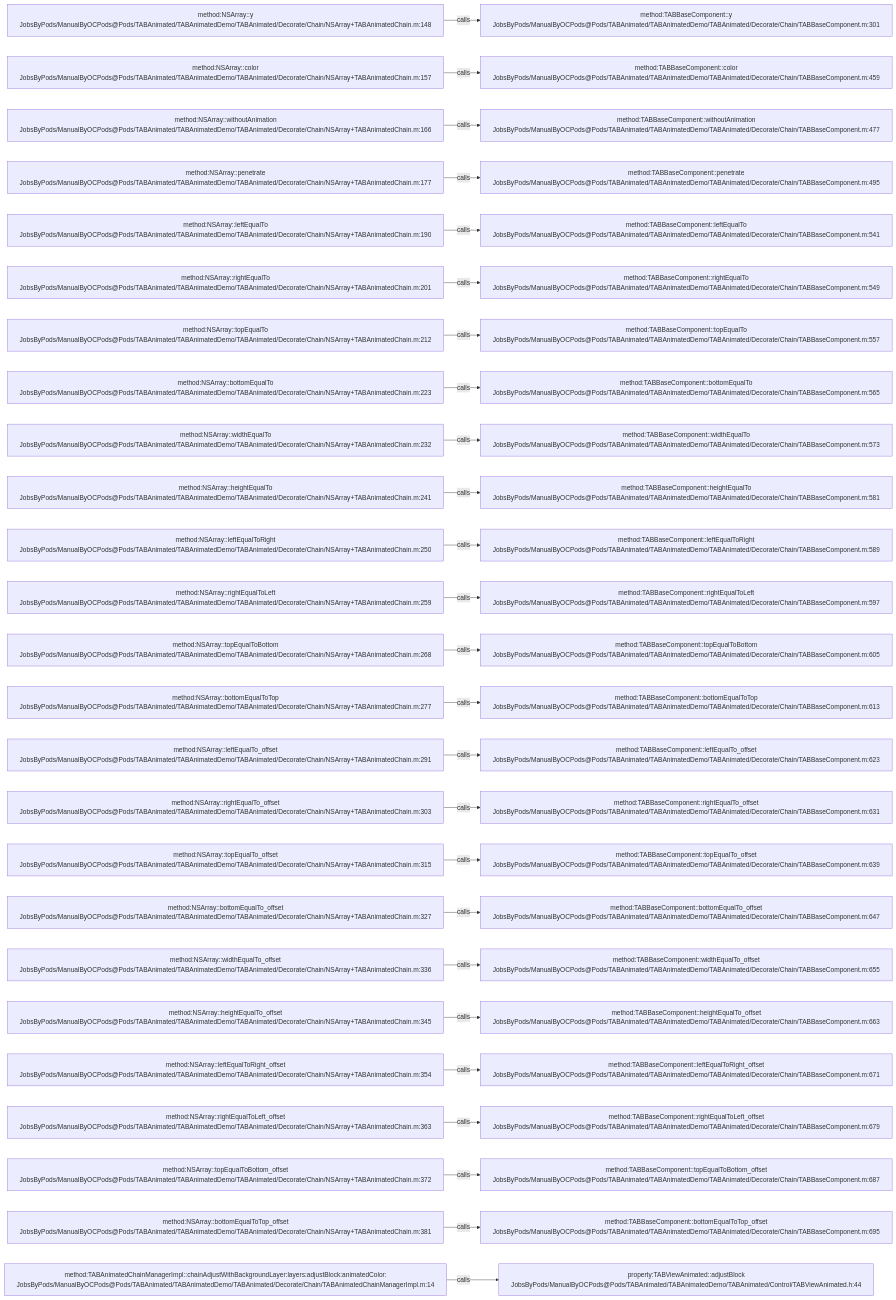
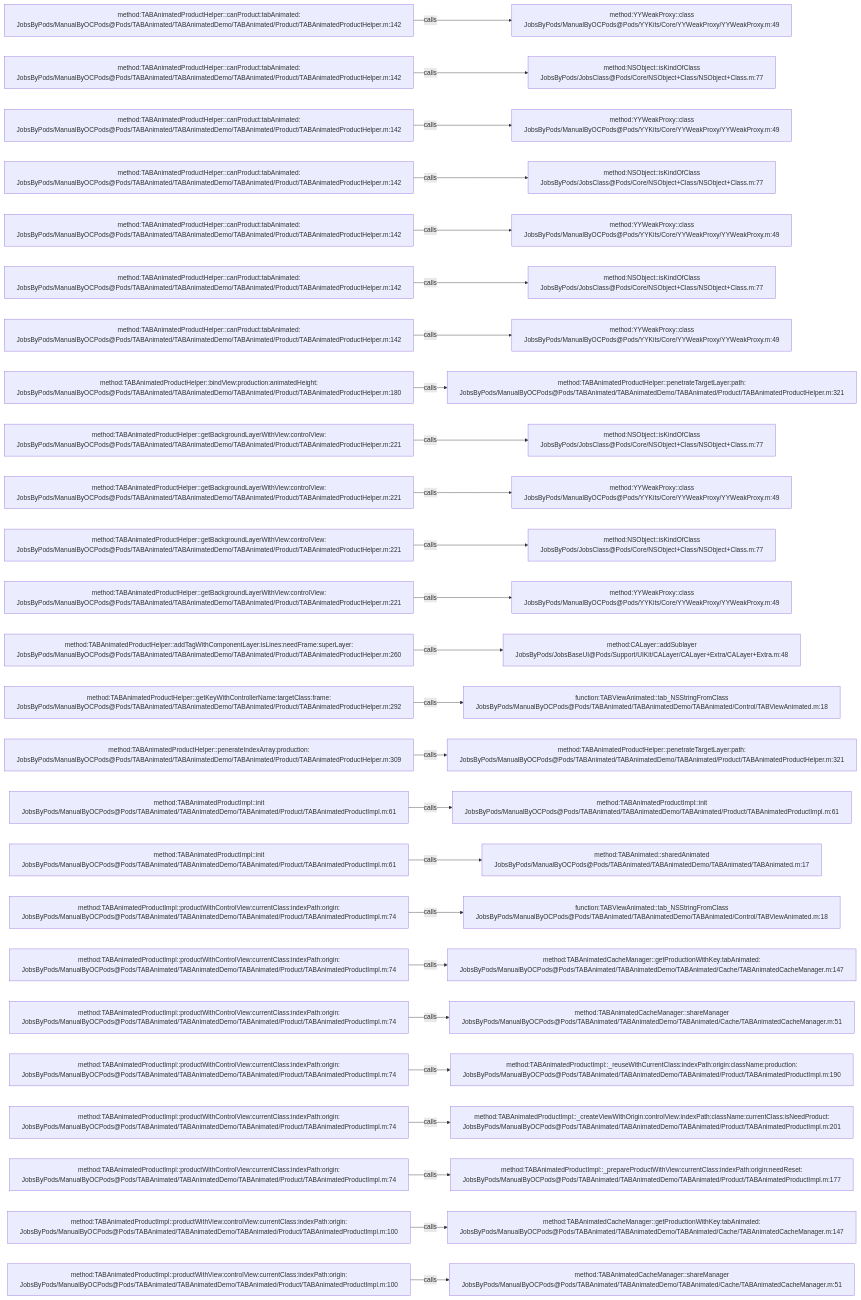
One commit to JobsKits/JobsOCBaseConfigDemo changed the diagram in .codegraph/codegraph.md/graphs/calls-032.md. Above: the diagram before and after it, drawn with Mermaid. The commit also changed 1353 other files, not shown here.

````diff
--- a/.codegraph/codegraph.md/graphs/calls-032.md
+++ b/.codegraph/codegraph.md/graphs/calls-032.md
@@ -13,78 +13,78 @@
 ```mermaid
 flowchart LR
-  S1["method:NSArray::y<br/>JobsByPods/ManualByOCPods@Pods/TABAnimated/TABAnimatedDemo/TABAnimated/Decorate/Chain/NSArray+TABAnimatedChain.m:148"]
-  T1["method:TABBaseComponent::y<br/>JobsByPods/ManualByOCPods@Pods/TABAnimated/TABAnimatedDemo/TABAnimated/Decorate/Chain/TABBaseComponent.m:301"]
+  S1["method:TABAnimatedProductHelper::canProduct:tabAnimated:<br/>JobsByPods/ManualByOCPods@Pods/TABAnimated/TABAnimatedDemo/TABAnimated/Product/TABAnimatedProductHelper.m:142"]
+  T1["method:YYWeakProxy::class<br/>JobsByPods/ManualByOCPods@Pods/YYKits/Core/YYWeakProxy/YYWeakProxy.m:49"]
   S1 -->|calls| T1
-  S2["method:NSArray::color<br/>JobsByPods/ManualByOCPods@Pods/TABAnimated/TABAnimatedDemo/TABAnimated/Decorate/Chain/NSArray+TABAnimatedChain.m:157"]
-  T2["method:TABBaseComponent::color<br/>JobsByPods/ManualByOCPods@Pods/TABAnimated/TABAnimatedDemo/TABAnimated/Decorate/Chain/TABBaseComponent.m:459"]
+  S2["method:TABAnimatedProductHelper::canProduct:tabAnimated:<br/>JobsByPods/ManualByOCPods@Pods/TABAnimated/TABAnimatedDemo/TABAnimated/Product/TABAnimatedProductHelper.m:142"]
+  T2["method:NSObject::isKindOfClass<br/>JobsByPods/JobsClass@Pods/Core/NSObject+Class/NSObject+Class.m:77"]
   S2 -->|calls| T2
-  S3["method:NSArray::withoutAnimation<br/>JobsByPods/ManualByOCPods@Pods/TABAnimated/TABAnimatedDemo/TABAnimated/Decorate/Chain/NSArray+TABAnimatedChain.m:166"]
-  T3["method:TABBaseComponent::withoutAnimation<br/>JobsByPods/ManualByOCPods@Pods/TABAnimated/TABAnimatedDemo/TABAnimated/Decorate/Chain/TABBaseComponent.m:477"]
+  S3["method:TABAnimatedProductHelper::canProduct:tabAnimated:<br/>JobsByPods/ManualByOCPods@Pods/TABAnimated/TABAnimatedDemo/TABAnimated/Product/TABAnimatedProductHelper.m:142"]
+  T3["method:YYWeakProxy::class<br/>JobsByPods/ManualByOCPods@Pods/YYKits/Core/YYWeakProxy/YYWeakProxy.m:49"]
   S3 -->|calls| T3
-  S4["method:NSArray::penetrate<br/>JobsByPods/ManualByOCPods@Pods/TABAnimated/TABAnimatedDemo/TABAnimated/Decorate/Chain/NSArray+TABAnimatedChain.m:177"]
-  T4["method:TABBaseComponent::penetrate<br/>JobsByPods/ManualByOCPods@Pods/TABAnimated/TABAnimatedDemo/TABAnimated/Decorate/Chain/TABBaseComponent.m:495"]
+  S4["method:TABAnimatedProductHelper::canProduct:tabAnimated:<br/>JobsByPods/ManualByOCPods@Pods/TABAnimated/TABAnimatedDemo/TABAnimated/Product/TABAnimatedProductHelper.m:142"]
+  T4["method:NSObject::isKindOfClass<br/>JobsByPods/JobsClass@Pods/Core/NSObject+Class/NSObject+Class.m:77"]
   S4 -->|calls| T4
-  S5["method:NSArray::leftEqualTo<br/>JobsByPods/ManualByOCPods@Pods/TABAnimated/TABAnimatedDemo/TABAnimated/Decorate/Chain/NSArray+TABAnimatedChain.m:190"]
-  T5["method:TABBaseComponent::leftEqualTo<br/>JobsByPods/ManualByOCPods@Pods/TABAnimated/TABAnimatedDemo/TABAnimated/Decorate/Chain/TABBaseComponent.m:541"]
+  S5["method:TABAnimatedProductHelper::canProduct:tabAnimated:<br/>JobsByPods/ManualByOCPods@Pods/TABAnimated/TABAnimatedDemo/TABAnimated/Product/TABAnimatedProductHelper.m:142"]
+  T5["method:YYWeakProxy::class<br/>JobsByPods/ManualByOCPods@Pods/YYKits/Core/YYWeakProxy/YYWeakProxy.m:49"]
   S5 -->|calls| T5
-  S6["method:NSArray::rightEqualTo<br/>JobsByPods/ManualByOCPods@Pods/TABAnimated/TABAnimatedDemo/TABAnimated/Decorate/Chain/NSArray+TABAnimatedChain.m:201"]
-  T6["method:TABBaseComponent::rightEqualTo<br/>JobsByPods/ManualByOCPods@Pods/TABAnimated/TABAnimatedDemo/TABAnimated/Decorate/Chain/TABBaseComponent.m:549"]
+  S6["method:TABAnimatedProductHelper::canProduct:tabAnimated:<br/>JobsByPods/ManualByOCPods@Pods/TABAnimated/TABAnimatedDemo/TABAnimated/Product/TABAnimatedProductHelper.m:142"]
+  T6["method:NSObject::isKindOfClass<br/>JobsByPods/JobsClass@Pods/Core/NSObject+Class/NSObject+Class.m:77"]
   S6 -->|calls| T6
-  S7["method:NSArray::topEqualTo<br/>JobsByPods/ManualByOCPods@Pods/TABAnimated/TABAnimatedDemo/TABAnimated/Decorate/Chain/NSArray+TABAnimatedChain.m:212"]
-  T7["method:TABBaseComponent::topEqualTo<br/>JobsByPods/ManualByOCPods@Pods/TABAnimated/TABAnimatedDemo/TABAnimated/Decorate/Chain/TABBaseComponent.m:557"]
+  S7["method:TABAnimatedProductHelper::canProduct:tabAnimated:<br/>JobsByPods/ManualByOCPods@Pods/TABAnimated/TABAnimatedDemo/TABAnimated/Product/TABAnimatedProductHelper.m:142"]
+  T7["method:YYWeakProxy::class<br/>JobsByPods/ManualByOCPods@Pods/YYKits/Core/YYWeakProxy/YYWeakProxy.m:49"]
   S7 -->|calls| T7
-  S8["method:NSArray::bottomEqualTo<br/>JobsByPods/ManualByOCPods@Pods/TABAnimated/TABAnimatedDemo/TABAnimated/Decorate/Chain/NSArray+TABAnimatedChain.m:223"]
-  T8["method:TABBaseComponent::bottomEqualTo<br/>JobsByPods/ManualByOCPods@Pods/TABAnimated/TABAnimatedDemo/TABAnimated/Decorate/Chain/TABBaseComponent.m:565"]
+  S8["method:TABAnimatedProductHelper::bindView:production:animatedHeight:<br/>JobsByPods/ManualByOCPods@Pods/TABAnimated/TABAnimatedDemo/TABAnimated/Product/TABAnimatedProductHelper.m:180"]
+  T8["method:TABAnimatedProductHelper::penetrateTargetLayer:path:<br/>JobsByPods/ManualByOCPods@Pods/TABAnimated/TABAnimatedDemo/TABAnimated/Product/TABAnimatedProductHelper.m:321"]
   S8 -->|calls| T8
-  S9["method:NSArray::widthEqualTo<br/>JobsByPods/ManualByOCPods@Pods/TABAnimated/TABAnimatedDemo/TABAnimated/Decorate/Chain/NSArray+TABAnimatedChain.m:232"]
-  T9["method:TABBaseComponent::widthEqualTo<br/>JobsByPods/ManualByOCPods@Pods/TABAnimated/TABAnimatedDemo/TABAnimated/Decorate/Chain/TABBaseComponent.m:573"]
+  S9["method:TABAnimatedProductHelper::getBackgroundLayerWithView:controlView:<br/>JobsByPods/ManualByOCPods@Pods/TABAnimated/TABAnimatedDemo/TABAnimated/Product/TABAnimatedProductHelper.m:221"]
+  T9["method:NSObject::isKindOfClass<br/>JobsByPods/JobsClass@Pods/Core/NSObject+Class/NSObject+Class.m:77"]
   S9 -->|calls| T9
-  S10["method:NSArray::heightEqualTo<br/>JobsByPods/ManualByOCPods@Pods/TABAnimated/TABAnimatedDemo/TABAnimated/Decorate/Chain/NSArray+TABAnimatedChain.m:241"]
-  T10["method:TABBaseComponent::heightEqualTo<br/>JobsByPods/ManualByOCPods@Pods/TABAnimated/TABAnimatedDemo/TABAnimated/Decorate/Chain/TABBaseComponent.m:581"]
+  S10["method:TABAnimatedProductHelper::getBackgroundLayerWithView:controlView:<br/>JobsByPods/ManualByOCPods@Pods/TABAnimated/TABAnimatedDemo/TABAnimated/Product/TABAnimatedProductHelper.m:221"]
+  T10["method:YYWeakProxy::class<br/>JobsByPods/ManualByOCPods@Pods/YYKits/Core/YYWeakProxy/YYWeakProxy.m:49"]
   S10 -->|calls| T10
-  S11["method:NSArray::leftEqualToRight<br/>JobsByPods/ManualByOCPods@Pods/TABAnimated/TABAnimatedDemo/TABAnimated/Decorate/Chain/NSArray+TABAnimatedChain.m:250"]
-  T11["method:TABBaseComponent::leftEqualToRight<br/>JobsByPods/ManualByOCPods@Pods/TABAnimated/TABAnimatedDemo/TABAnimated/Decorate/Chain/TABBaseComponent.m:589"]
+  S11["method:TABAnimatedProductHelper::getBackgroundLayerWithView:controlView:<br/>JobsByPods/ManualByOCPods@Pods/TABAnimated/TABAnimatedDemo/TABAnimated/Product/TABAnimatedProductHelper.m:221"]
+  T11["method:NSObject::isKindOfClass<br/>JobsByPods/JobsClass@Pods/Core/NSObject+Class/NSObject+Class.m:77"]
   S11 -->|calls| T11
-  S12["method:NSArray::rightEqualToLeft<br/>JobsByPods/ManualByOCPods@Pods/TABAnimated/TABAnimatedDemo/TABAnimated/Decorate/Chain/NSArray+TABAnimatedChain.m:259"]
-  T12["method:TABBaseComponent::rightEqualToLeft<br/>JobsByPods/ManualByOCPods@Pods/TABAnimated/TABAnimatedDemo/TABAnimated/Decorate/Chain/TABBaseComponent.m:597"]
+  S12["method:TABAnimatedProductHelper::getBackgroundLayerWithView:controlView:<br/>JobsByPods/ManualByOCPods@Pods/TABAnimated/TABAnimatedDemo/TABAnimated/Product/TABAnimatedProductHelper.m:221"]
+  T12["method:YYWeakProxy::class<br/>JobsByPods/ManualByOCPods@Pods/YYKits/Core/YYWeakProxy/YYWeakProxy.m:49"]
   S12 -->|calls| T12
-  S13["method:NSArray::topEqualToBottom<br/>JobsByPods/ManualByOCPods@Pods/TABAnimated/TABAnimatedDemo/TABAnimated/Decorate/Chain/NSArray+TABAnimatedChain.m:268"]
-  T13["method:TABBaseComponent::topEqualToBottom<br/>JobsByPods/ManualByOCPods@Pods/TABAnimated/TABAnimatedDemo/TABAnimated/Decorate/Chain/TABBaseComponent.m:605"]
+  S13["method:TABAnimatedProductHelper::addTagWithComponentLayer:isLines:needFrame:superLayer:<br/>JobsByPods/ManualByOCPods@Pods/TABAnimated/TABAnimatedDemo/TABAnimated/Product/TABAnimatedProductHelper.m:260"]
+  T13["method:CALayer::addSublayer<br/>JobsByPods/JobsBaseUI@Pods/Support/UIKit/CALayer/CALayer+Extra/CALayer+Extra.m:48"]
   S13 -->|calls| T13
-  S14["method:NSArray::bottomEqualToTop<br/>JobsByPods/ManualByOCPods@Pods/TABAnimated/TABAnimatedDemo/TABAnimated/Decorate/Chain/NSArray+TABAnimatedChain.m:277"]
-  T14["method:TABBaseComponent::bottomEqualToTop<br/>JobsByPods/ManualByOCPods@Pods/TABAnimated/TABAnimatedDemo/TABAnimated/Decorate/Chain/TABBaseComponent.m:613"]
+  S14["method:TABAnimatedProductHelper::getKeyWithControllerName:targetClass:frame:<br/>JobsByPods/ManualByOCPods@Pods/TABAnimated/TABAnimatedDemo/TABAnimated/Product/TABAnimatedProductHelper.m:292"]
+  T14["function:TABViewAnimated::tab_NSStringFromClass<br/>JobsByPods/ManualByOCPods@Pods/TABAnimated/TABAnimatedDemo/TABAnimated/Control/TABViewAnimated.m:18"]
   S14 -->|calls| T14
-  S15["method:NSArray::leftEqualTo_offset<br/>JobsByPods/ManualByOCPods@Pods/TABAnimated/TABAnimatedDemo/TABAnimated/Decorate/Chain/NSArray+TABAnimatedChain.m:291"]
-  T15["method:TABBaseComponent::leftEqualTo_offset<br/>JobsByPods/ManualByOCPods@Pods/TABAnimated/TABAnimatedDemo/TABAnimated/Decorate/Chain/TABBaseComponent.m:623"]
+  S15["method:TABAnimatedProductHelper::penerateIndexArray:production:<br/>JobsByPods/ManualByOCPods@Pods/TABAnimated/TABAnimatedDemo/TABAnimated/Product/TABAnimatedProductHelper.m:309"]
+  T15["method:TABAnimatedProductHelper::penetrateTargetLayer:path:<br/>JobsByPods/ManualByOCPods@Pods/TABAnimated/TABAnimatedDemo/TABAnimated/Product/TABAnimatedProductHelper.m:321"]
   S15 -->|calls| T15
-  S16["method:NSArray::rightEqualTo_offset<br/>JobsByPods/ManualByOCPods@Pods/TABAnimated/TABAnimatedDemo/TABAnimated/Decorate/Chain/NSArray+TABAnimatedChain.m:303"]
-  T16["method:TABBaseComponent::rightEqualTo_offset<br/>JobsByPods/ManualByOCPods@Pods/TABAnimated/TABAnimatedDemo/TABAnimated/Decorate/Chain/TABBaseComponent.m:631"]
+  S16["method:TABAnimatedProductImpl::init<br/>JobsByPods/ManualByOCPods@Pods/TABAnimated/TABAnimatedDemo/TABAnimated/Product/TABAnimatedProductImpl.m:61"]
+  T16["method:TABAnimatedProductImpl::init<br/>JobsByPods/ManualByOCPods@Pods/TABAnimated/TABAnimatedDemo/TABAnimated/Product/TABAnimatedProductImpl.m:61"]
   S16 -->|calls| T16
-  S17["method:NSArray::topEqualTo_offset<br/>JobsByPods/ManualByOCPods@Pods/TABAnimated/TABAnimatedDemo/TABAnimated/Decorate/Chain/NSArray+TABAnimatedChain.m:315"]
-  T17["method:TABBaseComponent::topEqualTo_offset<br/>JobsByPods/ManualByOCPods@Pods/TABAnimated/TABAnimatedDemo/TABAnimated/Decorate/Chain/TABBaseComponent.m:639"]
+  S17["method:TABAnimatedProductImpl::init<br/>JobsByPods/ManualByOCPods@Pods/TABAnimated/TABAnimatedDemo/TABAnimated/Product/TABAnimatedProductImpl.m:61"]
+  T17["method:TABAnimated::sharedAnimated<br/>JobsByPods/ManualByOCPods@Pods/TABAnimated/TABAnimatedDemo/TABAnimated/TABAnimated.m:17"]
   S17 -->|calls| T17
-  S18["method:NSArray::bottomEqualTo_offset<br/>JobsByPods/ManualByOCPods@Pods/TABAnimated/TABAnimatedDemo/TABAnimated/Decorate/Chain/NSArray+TABAnimatedChain.m:327"]
-  T18["method:TABBaseComponent::bottomEqualTo_offset<br/>JobsByPods/ManualByOCPods@Pods/TABAnimated/TABAnimatedDemo/TABAnimated/Decorate/Chain/TABBaseComponent.m:647"]
+  S18["method:TABAnimatedProductImpl::productWithControlView:currentClass:indexPath:origin:<br/>JobsByPods/ManualByOCPods@Pods/TABAnimated/TABAnimatedDemo/TABAnimated/Product/TABAnimatedProductImpl.m:74"]
+  T18["function:TABViewAnimated::tab_NSStringFromClass<br/>JobsByPods/ManualByOCPods@Pods/TABAnimated/TABAnimatedDemo/TABAnimated/Control/TABViewAnimated.m:18"]
   S18 -->|calls| T18
-  S19["method:NSArray::widthEqualTo_offset<br/>JobsByPods/ManualByOCPods@Pods/TABAnimated/TABAnimatedDemo/TABAnimated/Decorate/Chain/NSArray+TABAnimatedChain.m:336"]
-  T19["method:TABBaseComponent::widthEqualTo_offset<br/>JobsByPods/ManualByOCPods@Pods/TABAnimated/TABAnimatedDemo/TABAnimated/Decorate/Chain/TABBaseComponent.m:655"]
+  S19["method:TABAnimatedProductImpl::productWithControlView:currentClass:indexPath:origin:<br/>JobsByPods/ManualByOCPods@Pods/TABAnimated/TABAnimatedDemo/TABAnimated/Product/TABAnimatedProductImpl.m:74"]
+  T19["method:TABAnimatedCacheManager::getProductionWithKey:tabAnimated:<br/>JobsByPods/ManualByOCPods@Pods/TABAnimated/TABAnimatedDemo/TABAnimated/Cache/TABAnimatedCacheManager.m:147"]
   S19 -->|calls| T19
-  S20["method:NSArray::heightEqualTo_offset<br/>JobsByPods/ManualByOCPods@Pods/TABAnimated/TABAnimatedDemo/TABAnimated/Decorate/Chain/NSArray+TABAnimatedChain.m:345"]
-  T20["method:TABBaseComponent::heightEqualTo_offset<br/>JobsByPods/ManualByOCPods@Pods/TABAnimated/TABAnimatedDemo/TABAnimated/Decorate/Chain/TABBaseComponent.m:663"]
+  S20["method:TABAnimatedProductImpl::productWithControlView:currentClass:indexPath:origin:<br/>JobsByPods/ManualByOCPods@Pods/TABAnimated/TABAnimatedDemo/TABAnimated/Product/TABAnimatedProductImpl.m:74"]
+  T20["method:TABAnimatedCacheManager::shareManager<br/>JobsByPods/ManualByOCPods@Pods/TABAnimated/TABAnimatedDemo/TABAnimated/Cache/TABAnimatedCacheManager.m:51"]
   S20 -->|calls| T20
-  S21["method:NSArray::leftEqualToRight_offset<br/>JobsByPods/ManualByOCPods@Pods/TABAnimated/TABAnimatedDemo/TABAnimated/Decorate/Chain/NSArray+TABAnimatedChain.m:354"]
-  T21["method:TABBaseComponent::leftEqualToRight_offset<br/>JobsByPods/ManualByOCPods@Pods/TABAnimated/TABAnimatedDemo/TABAnimated/Decorate/Chain/TABBaseComponent.m:671"]
+  S21["method:TABAnimatedProductImpl::productWithControlView:currentClass:indexPath:origin:<br/>JobsByPods/ManualByOCPods@Pods/TABAnimated/TABAnimatedDemo/TABAnimated/Product/TABAnimatedProductImpl.m:74"]
+  T21["method:TABAnimatedProductImpl::_reuseWithCurrentClass:indexPath:origin:className:production:<br/>JobsByPods/ManualByOCPods@Pods/TABAnimated/TABAnimatedDemo/TABAnimated/Product/TABAnimatedProductImpl.m:190"]
   S21 -->|calls| T21
-  S22["method:NSArray::rightEqualToLeft_offset<br/>JobsByPods/ManualByOCPods@Pods/TABAnimated/TABAnimatedDemo/TABAnimated/Decorate/Chain/NSArray+TABAnimatedChain.m:363"]
-  T22["method:TABBaseComponent::rightEqualToLeft_offset<br/>JobsByPods/ManualByOCPods@Pods/TABAnimated/TABAnimatedDemo/TABAnimated/Decorate/Chain/TABBaseComponent.m:679"]
+  S22["method:TABAnimatedProductImpl::productWithControlView:currentClass:indexPath:origin:<br/>JobsByPods/ManualByOCPods@Pods/TABAnimated/TABAnimatedDemo/TABAnimated/Product/TABAnimatedProductImpl.m:74"]
+  T22["method:TABAnimatedProductImpl::_createViewWithOrigin:controlView:indexPath:className:currentClass:isNeedProduct:<br/>JobsByPods/ManualByOCPods@Pods/TABAnimated/TABAnimatedDemo/TABAnimated/Product/TABAnimatedProductImpl.m:201"]
   S22 -->|calls| T22
-  S23["method:NSArray::topEqualToBottom_offset<br/>JobsByPods/ManualByOCPods@Pods/TABAnimated/TABAnimatedDemo/TABAnimated/Decorate/Chain/NSArray+TABAnimatedChain.m:372"]
-  T23["method:TABBaseComponent::topEqualToBottom_offset<br/>JobsByPods/ManualByOCPods@Pods/TABAnimated/TABAnimatedDemo/TABAnimated/Decorate/Chain/TABBaseComponent.m:687"]
+  S23["method:TABAnimatedProductImpl::productWithControlView:currentClass:indexPath:origin:<br/>JobsByPods/ManualByOCPods@Pods/TABAnimated/TABAnimatedDemo/TABAnimated/Product/TABAnimatedProductImpl.m:74"]
+  T23["method:TABAnimatedProductImpl::_prepareProductWithView:currentClass:indexPath:origin:needReset:<br/>JobsByPods/ManualByOCPods@Pods/TABAnimated/TABAnimatedDemo/TABAnimated/Product/TABAnimatedProductImpl.m:177"]
   S23 -->|calls| T23
-  S24["method:NSArray::bottomEqualToTop_offset<br/>JobsByPods/ManualByOCPods@Pods/TABAnimated/TABAnimatedDemo/TABAnimated/Decorate/Chain/NSArray+TABAnimatedChain.m:381"]
-  T24["method:TABBaseComponent::bottomEqualToTop_offset<br/>JobsByPods/ManualByOCPods@Pods/TABAnimated/TABAnimatedDemo/TABAnimated/Decorate/Chain/TABBaseComponent.m:695"]
+  S24["method:TABAnimatedProductImpl::productWithView:controlView:currentClass:indexPath:origin:<br/>JobsByPods/ManualByOCPods@Pods/TABAnimated/TABAnimatedDemo/TABAnimated/Product/TABAnimatedProductImpl.m:100"]
+  T24["method:TABAnimatedCacheManager::getProductionWithKey:tabAnimated:<br/>JobsByPods/ManualByOCPods@Pods/TABAnimated/TABAnimatedDemo/TABAnimated/Cache/TABAnimatedCacheManager.m:147"]
   S24 -->|calls| T24
-  S25["method:TABAnimatedChainManagerImpl::chainAdjustWithBackgroundLayer:layers:adjustBlock:animatedColor:<br/>JobsByPods/ManualByOCPods@Pods/TABAnimated/TABAnimatedDemo/TABAnimated/Decorate/Chain/TABAnimatedChainManagerImpl.m:14"]
-  T25["property:TABViewAnimated::adjustBlock<br/>JobsByPods/ManualByOCPods@Pods/TABAnimated/TABAnimatedDemo/TABAnimated/Control/TABViewAnimated.h:44"]
+  S25["method:TABAnimatedProductImpl::productWithView:controlView:currentClass:indexPath:origin:<br/>JobsByPods/ManualByOCPods@Pods/TABAnimated/TABAnimatedDemo/TABAnimated/Product/TABAnimatedProductImpl.m:100"]
+  T25["method:TABAnimatedCacheManager::shareManager<br/>JobsByPods/ManualByOCPods@Pods/TABAnimated/TABAnimatedDemo/TABAnimated/Cache/TABAnimatedCacheManager.m:51"]
   S25 -->|calls| T25
 ```
````
